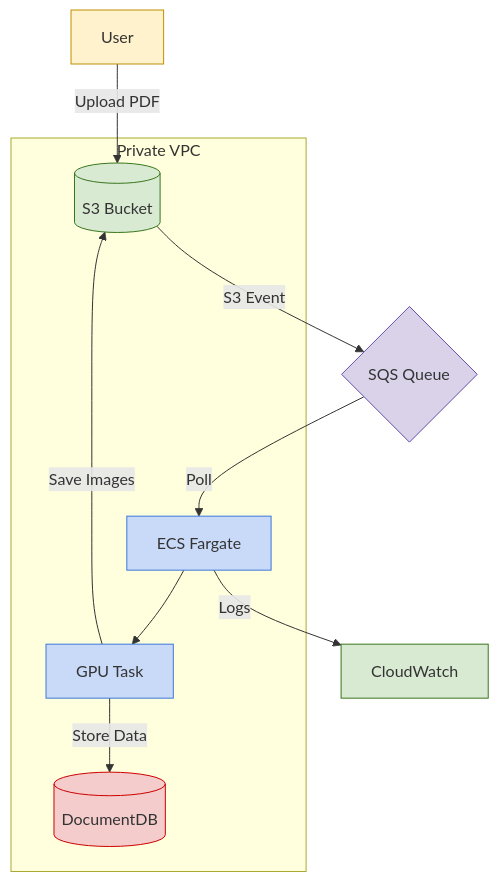
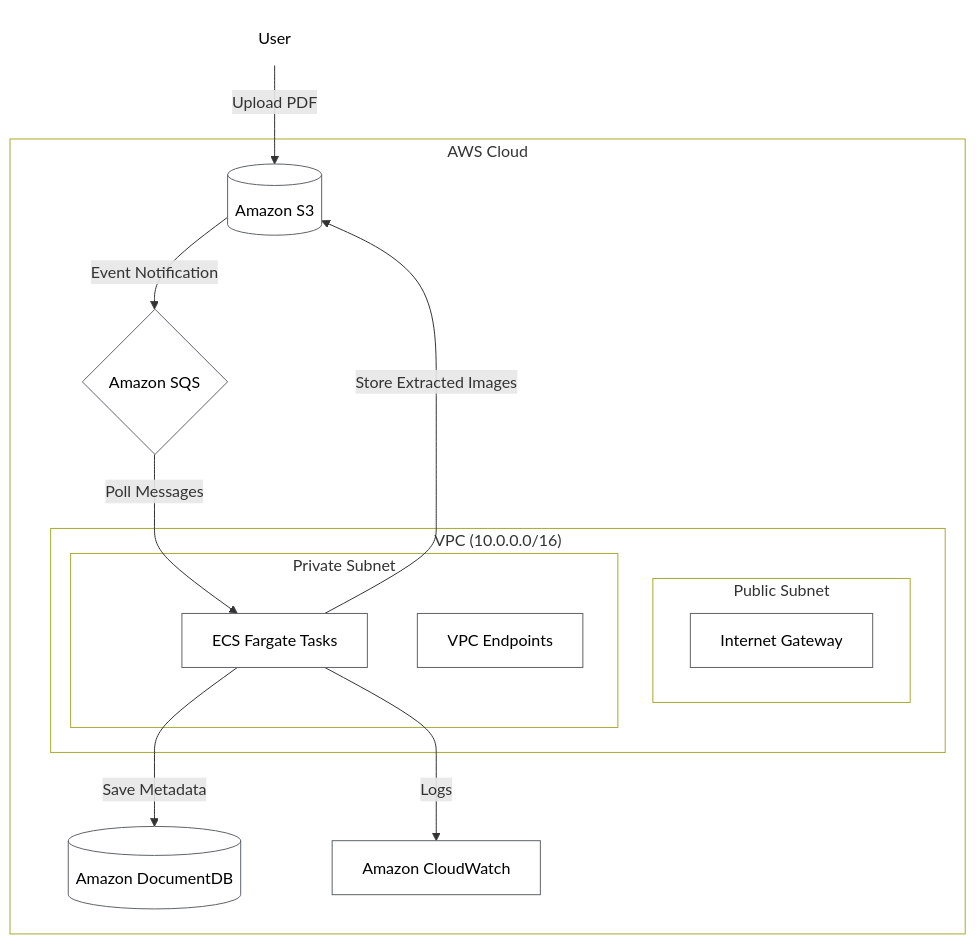
Before and after one commit to hyperverseglobalconsulting/pdf_data_extraction_statless_comps: the diagram in README.md, drawn with Mermaid.

````diff
--- a/README.md
+++ b/README.md
@@ -22,27 +22,53 @@
 ```mermaid
-%% Simplified Architecture Diagram (GitHub-compatible)
+%% Dark Mode Optimized
 graph TD
-    A[User] -->|Upload PDF| B[(S3 Bucket)]
-    B -->|S3 Event| C{SQS Queue}
-    C -->|Poll| D[ECS Fargate]
-    subgraph VPC[Private VPC]
-        D --> E[GPU Task]
-        E -->|Store Data| F[(DocumentDB)]
-        E -->|Save Images| B
+    A[User] -->|Upload PDF| B[(Amazon S3)]
+    
+    subgraph AWS["AWS Cloud"]
+        subgraph VPC["VPC (10.0.0.0/16)"]
+            subgraph PublicSubnet["Public Subnet"]
+                I[Internet Gateway]
+            end
+            
+            subgraph PrivateSubnet["Private Subnet"]
+                D[ECS Fargate Tasks]
+                E[VPC Endpoints]
+            end
+        end
+        
+        B -->|Event Notification| C{Amazon SQS}
+        C -->|Poll Messages| D
+        D -->|Store Extracted Images| B
+        D -->|Save Metadata| F[(Amazon DocumentDB)]
+        D -->|Logs| G[Amazon CloudWatch]
     end
-    D -->|Logs| G[CloudWatch]
     
-    %% Class Definitions
-    classDef storage fill:#d9ead3,stroke:#38761d;
-    classDef queue fill:#d9d2e9,stroke:#674ea7;
-    classDef compute fill:#c9daf8,stroke:#3c78d8;
-    classDef database fill:#f4cccc,stroke:#cc0000;
-    classDef user fill:#fff2cc,stroke:#bf9000;
+    %% Explicit White Backgrounds
+    classDef aws fill:#ffffff,stroke:#333,color:#000000;
+    classDef vpc fill:#ffffff,stroke:#2d72d9,color:#000000;
+    classDef public fill:#ffffff,stroke:#34a853,color:#000000;
+    classDef private fill:#ffffff,stroke:#d93025,color:#000000;
+    classDef service fill:#ffffff,stroke:#5f6368,color:#000000;
+    classDef textbg fill:#ffffff,stroke:#ffffff,color:#000000;
     
-    class B storage;
-    class C queue;
-    class D,E compute;
-    class F database;
-    class A user;
-    class G storage;
+    %% Apply Styles
+    class AWS aws;
+    class VPC vpc;
+    class PublicSubnet public;
+    class PrivateSubnet private;
+    class B,C,F,G,I,D,E service;
+    class A textbg;
+    
+    %% Force white background for all elements
+    style AWS fill:#ffffff
+    style VPC fill:#ffffff
+    style PublicSubnet fill:#ffffff
+    style PrivateSubnet fill:#ffffff
+    style B fill:#ffffff
+    style C fill:#ffffff
+    style D fill:#ffffff
+    style E fill:#ffffff
+    style F fill:#ffffff
+    style G fill:#ffffff
+    style I fill:#ffffff
 ```
````
